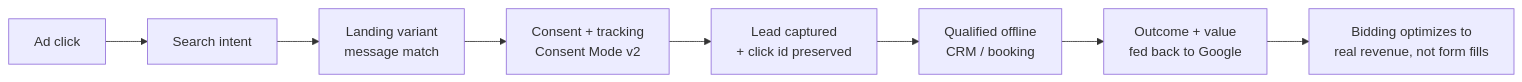
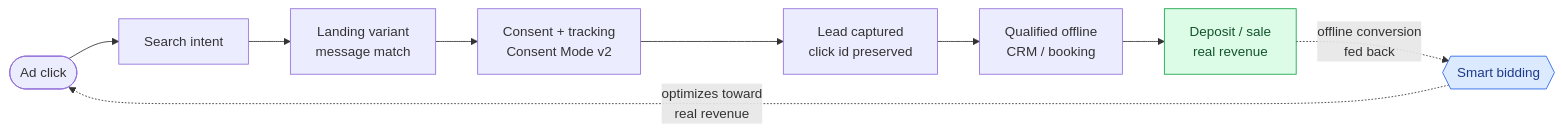
One commit to marynacleo/marketing-agent-skills changed the diagram in google-ads-launch-framework/README.md. Above: the diagram before and after it, drawn with Mermaid. The commit also changed other lines of this file, not shown here.

Commit message:
Improve launch-chain diagram: show the feedback loop and highlight revenue/bidding

````diff
--- a/google-ads-launch-framework/README.md
+++ b/google-ads-launch-framework/README.md
@@ -30,10 +30,15 @@
 ```mermaid
 flowchart LR
-  A[Ad click] --> B[Search intent]
+  A([Ad click]) --> B[Search intent]
   B --> C[Landing variant<br/>message match]
   C --> D[Consent + tracking<br/>Consent Mode v2]
-  D --> E[Lead captured<br/>+ click id preserved]
+  D --> E[Lead captured<br/>click id preserved]
   E --> F[Qualified offline<br/>CRM / booking]
-  F --> G[Outcome + value<br/>fed back to Google]
-  G --> H[Bidding optimizes to<br/>real revenue, not form fills]
+  F --> G[Deposit / sale<br/>real revenue]
+  G -. offline conversion<br/>fed back .-> H{{Smart bidding}}
+  H -. optimizes toward<br/>real revenue .-> A
+  classDef money fill:#dcfce7,stroke:#16a34a,color:#14532d;
+  classDef bid fill:#dbeafe,stroke:#2563eb,color:#1e3a8a;
+  class G money
+  class H bid
 ```
````
